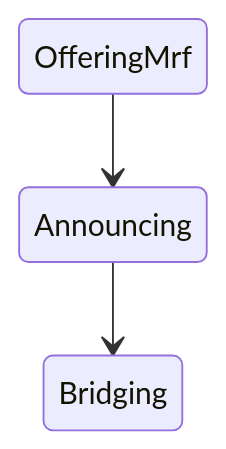
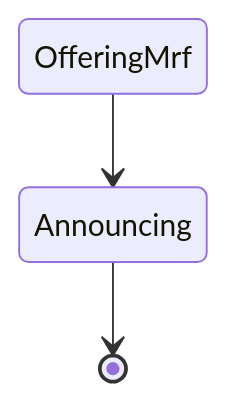
The diagram in docs/sm/announcement.md (vcharbon/siprustserver), drawn with Mermaid before and after one commit. The commit also changed 11 other files, not shown here.

````diff
--- a/docs/sm/announcement.md
+++ b/docs/sm/announcement.md
@@ -6,8 +6,7 @@
 ```mermaid
 stateDiagram-v2
     Announcing
-    Bridging
     OfferingMrf
-    Announcing --> Bridging
+    Announcing --> [*]
     OfferingMrf --> Announcing
 ```
````
